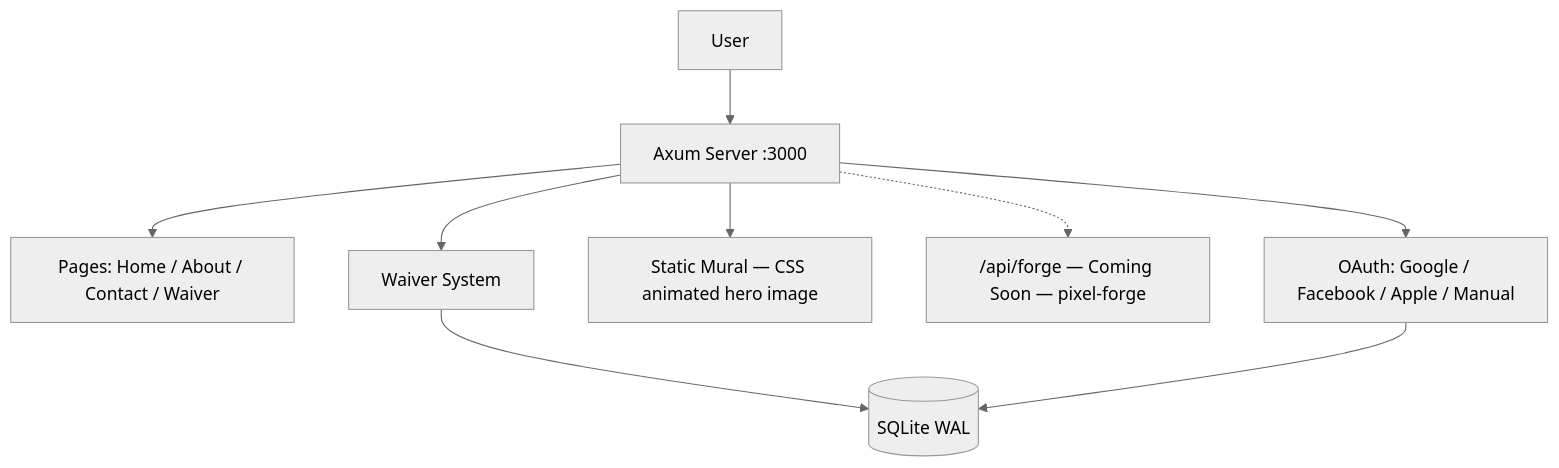
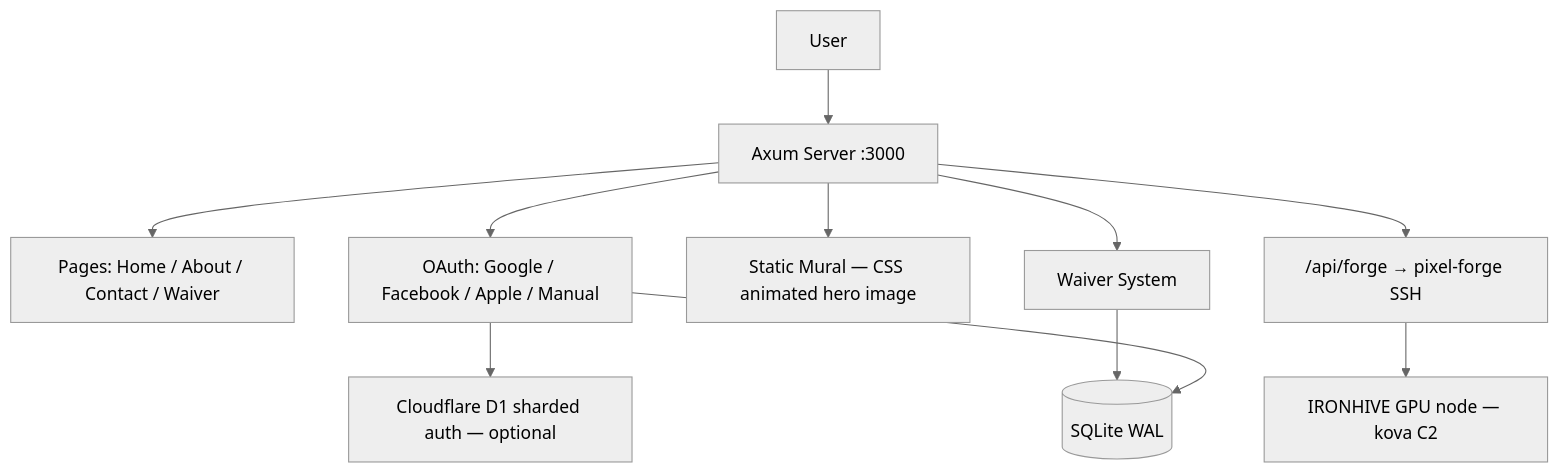
The diagram in PROOF_OF_ARTIFACTS.md (cochranblock/oakilydokily), drawn with Mermaid (neutral theme) before and after one commit. The commit also changed other lines of this file and 6 other files, not shown here.

````diff
--- a/PROOF_OF_ARTIFACTS.md
+++ b/PROOF_OF_ARTIFACTS.md
@@ -11,11 +11,13 @@
 ```mermaid
 flowchart TD
     User[User] --> Axum[Axum Server :3000]
     Axum --> Pages[Pages: Home / About / Contact / Waiver]
     Axum --> Auth[OAuth: Google / Facebook / Apple / Manual]
     Axum --> Mural[Static Mural — CSS animated hero image]
-    Axum -.-> Forge["/api/forge — Coming Soon — pixel-forge"]
+    Axum --> Forge["/api/forge → pixel-forge SSH"]
+    Forge --> GPU["IRONHIVE GPU node — kova C2"]
     Axum --> Waiver[Waiver System]
     Waiver --> SQLite[(SQLite WAL)]
+    Auth --> D1[Cloudflare D1 sharded auth — optional]
     Auth --> SQLite
 ```
````
